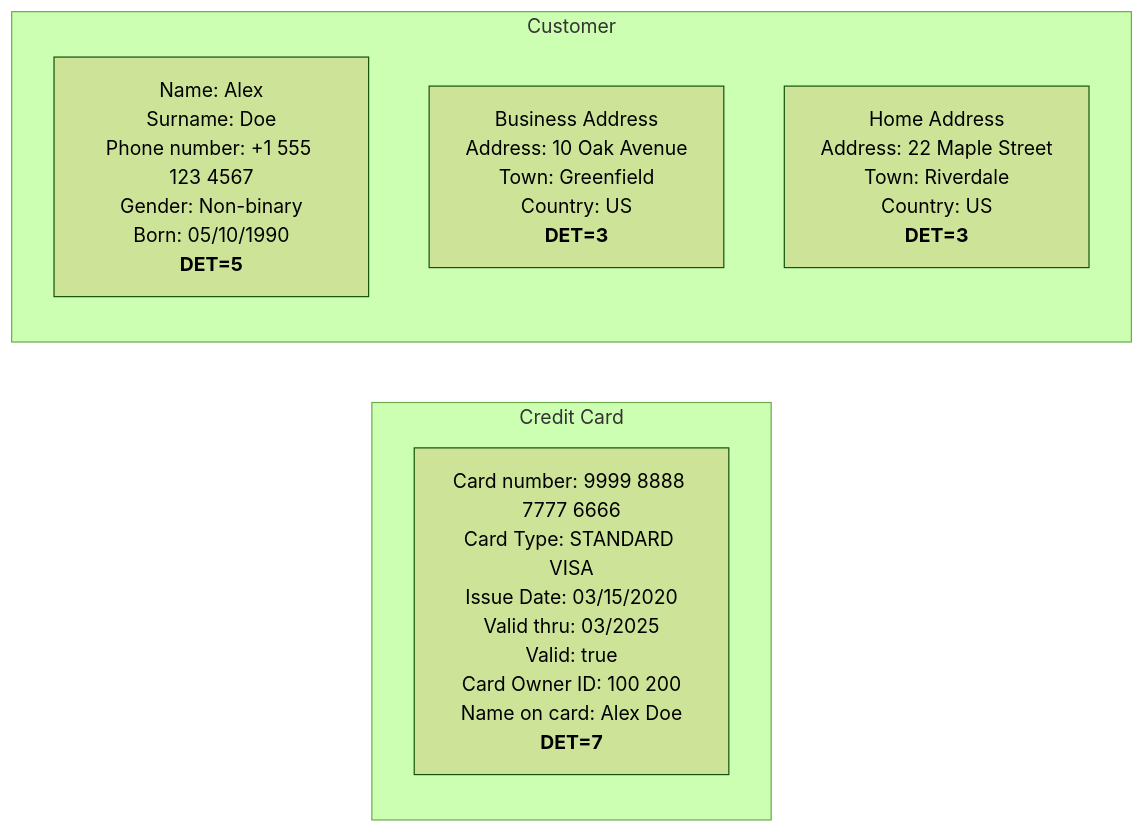
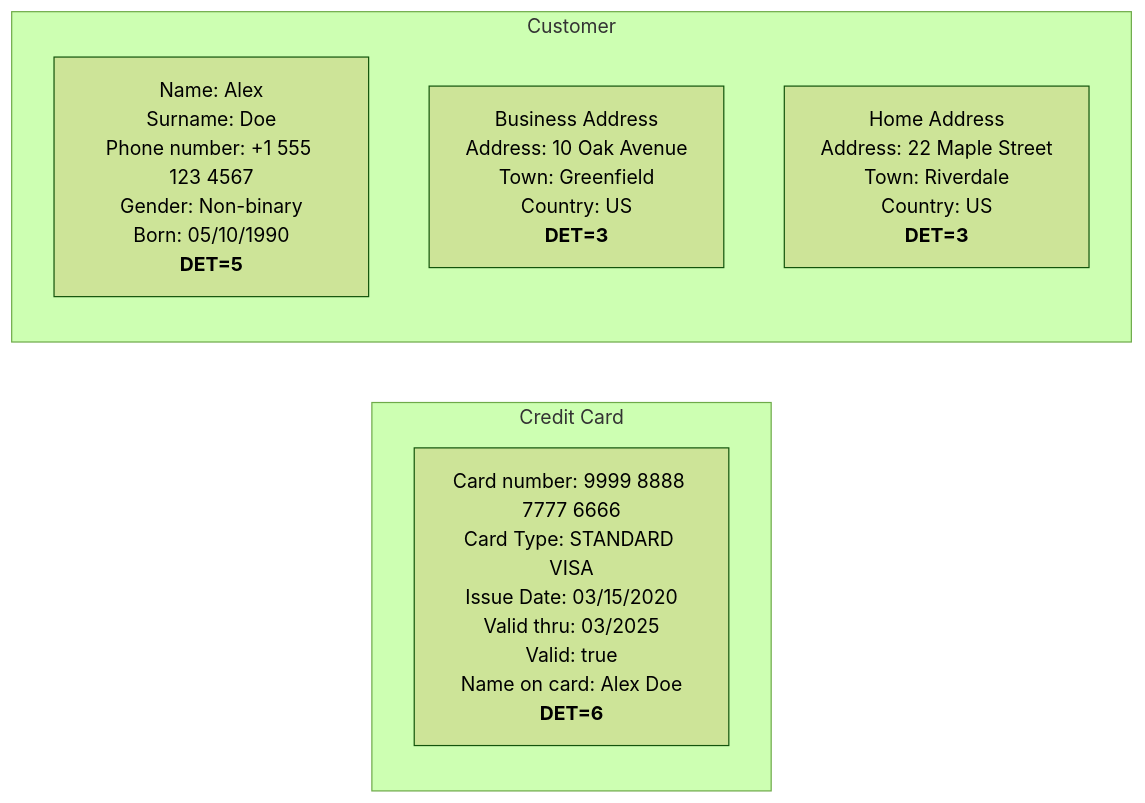
Before and after one commit to msdbok/msdbok.github.io: the sixth of 11 diagrams in content/scope/estimates/fpa_explained.md, drawn with Mermaid (forest theme). The commit also changed other lines of this file, not shown here.

````diff
--- a/content/scope/estimates/fpa_explained.md
+++ b/content/scope/estimates/fpa_explained.md
@@ -142,14 +142,14 @@
 ```mermaid
 flowchart LR
   subgraph CC[Credit Card]
     direction TB
-    CC1["Card number: 9999 8888 7777 6666<br/>Card Type: STANDARD VISA<br/>Issue Date: 03/15/2020<br/>Valid thru: 03/2025<br/>Valid: true<br/>Card Owner ID: 100 200<br/>Name on card: Alex Doe<br/><b>DET=7</b>"]
+    CC1["Card number: 9999 8888 7777 6666<br/>Card Type: STANDARD VISA<br/>Issue Date: 03/15/2020<br/>Valid thru: 03/2025<br/>Valid: true<br/>Name on card: Alex Doe<br/><b>DET=6</b>"]
   end
 
   subgraph C[Customer]
     direction TB
     C1["Name: Alex<br/>Surname: Doe<br/>Phone number: +1 555 123 4567<br/>Gender: Non-binary<br/>Born: 05/10/1990<br/><b>DET=5</b>"]
     C2["Business Address<br/>Address: 10 Oak Avenue<br/>Town: Greenfield<br/>Country: US<br/><b>DET=3</b>"]
     C3["Home Address<br/>Address: 22 Maple Street<br/>Town: Riverdale<br/>Country: US<br/><b>DET=3</b>"]
   end
 ```
````
